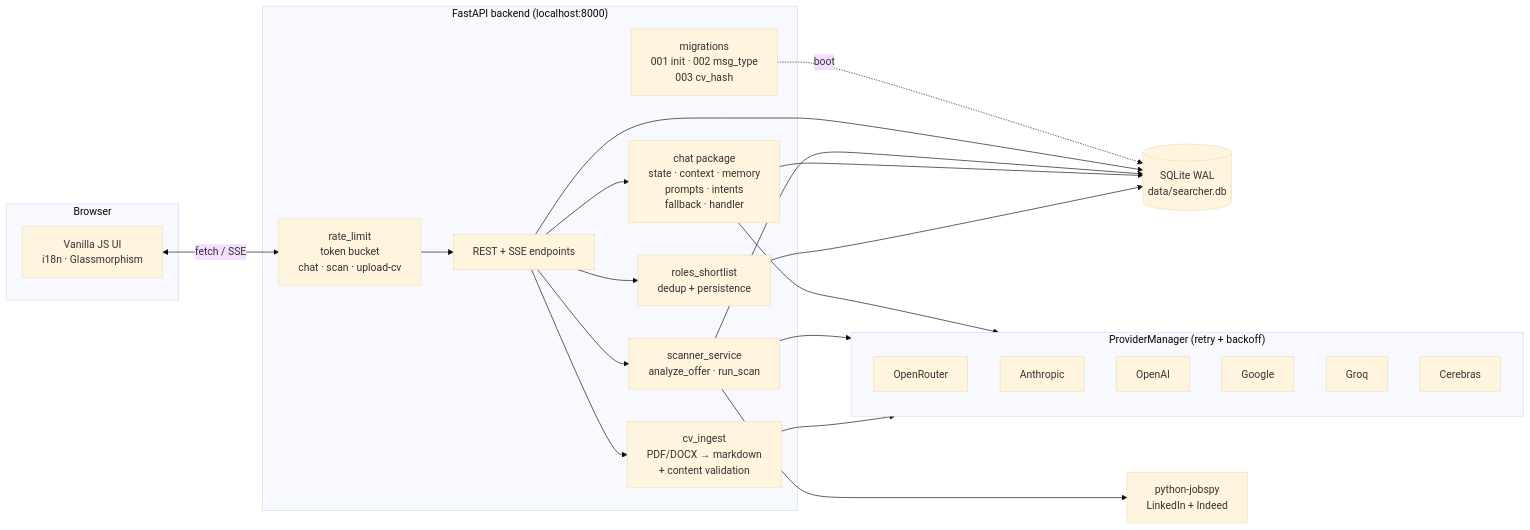
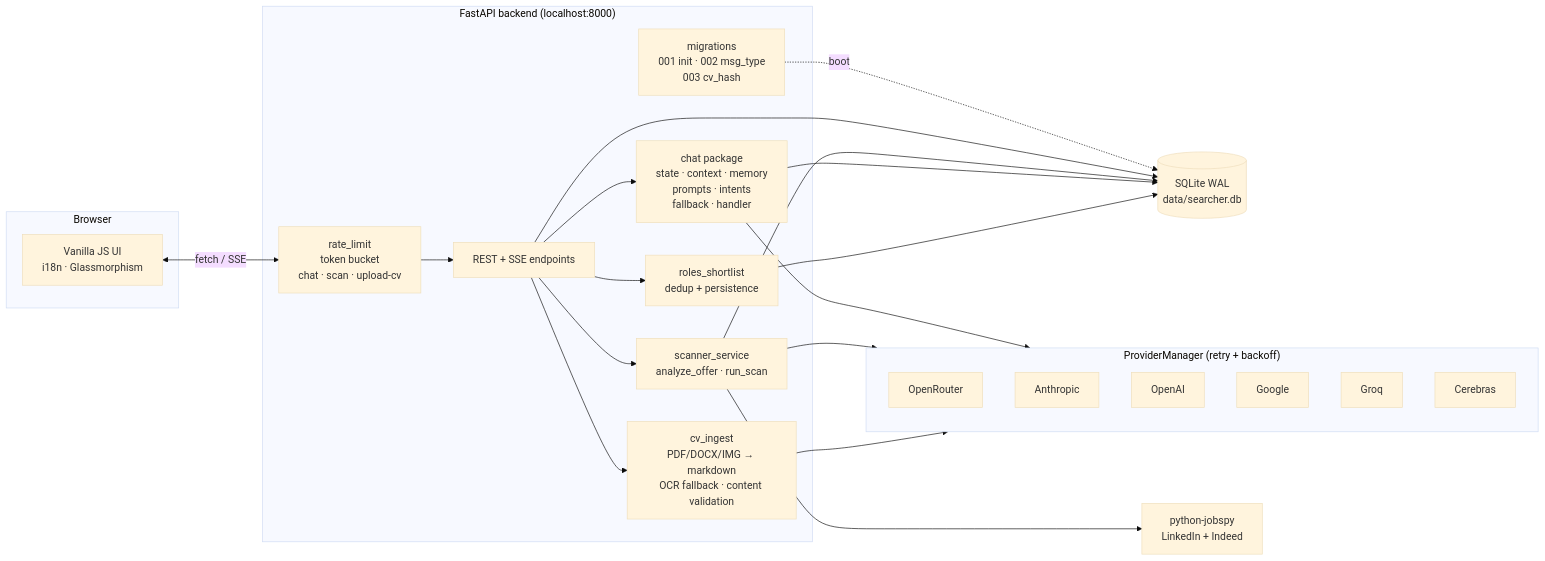
The diagram in README.md (DiegoRiccardi1234/job-finder), drawn with Mermaid (base theme) before and after one commit. The commit also changed other lines of this file and 19 other files, not shown here.

````diff
--- a/README.md
+++ b/README.md
@@ -95,44 +104,44 @@
 ```mermaid
 flowchart LR
     subgraph Browser
         UI[Vanilla JS UI<br/>i18n · Glassmorphism]
     end
 
     subgraph Backend["FastAPI backend (localhost:8000)"]
         RL[rate_limit<br/>token bucket<br/>chat · scan · upload-cv]
         API[REST + SSE endpoints]
         ChatSvc[chat package<br/>state · context · memory<br/>prompts · intents<br/>fallback · handler]
         ScanSvc[scanner_service<br/>analyze_offer · run_scan]
-        CV[cv_ingest<br/>PDF/DOCX → markdown<br/>+ content validation]
+        CV[cv_ingest<br/>PDF/DOCX/IMG → markdown<br/>OCR fallback · content validation]
         Roles[roles_shortlist<br/>dedup + persistence]
         Mig[migrations<br/>001 init · 002 msg_type<br/>003 cv_hash]
     end
 
     subgraph LLM["ProviderManager (retry + backoff)"]
         OR[OpenRouter]
         AN[Anthropic]
         OAI[OpenAI]
         GO[Google]
         GR[Groq]
         CB[Cerebras]
     end
 
     Scraper[python-jobspy<br/>LinkedIn + Indeed]
     DB[(SQLite WAL<br/>data/searcher.db)]
 
     UI <-->|fetch / SSE| RL
     RL --> API
     API --> ChatSvc
     API --> ScanSvc
     API --> CV
     API --> Roles
     ChatSvc --> LLM
     ScanSvc --> LLM
     ScanSvc --> Scraper
     CV --> LLM
     Mig -.boot.-> DB
     API --> DB
     ScanSvc --> DB
     ChatSvc --> DB
     Roles --> DB
 ```
````
